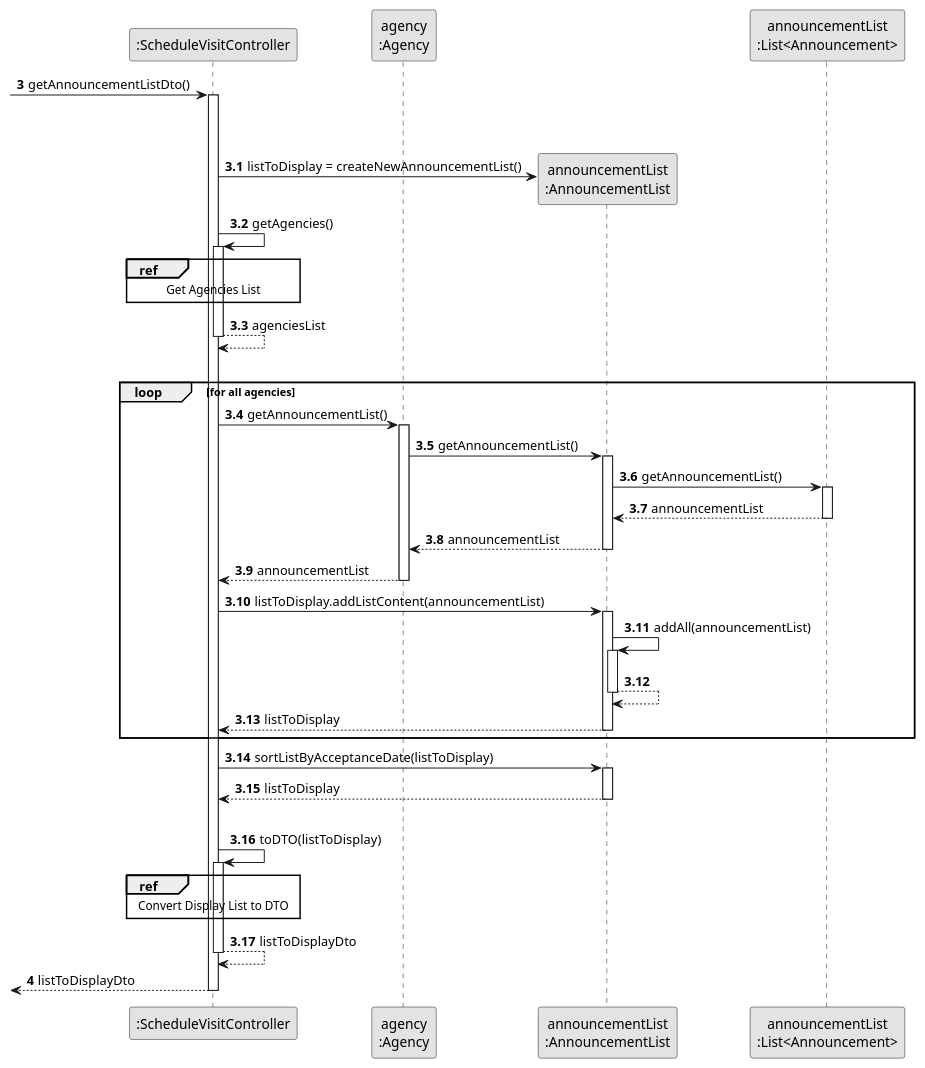
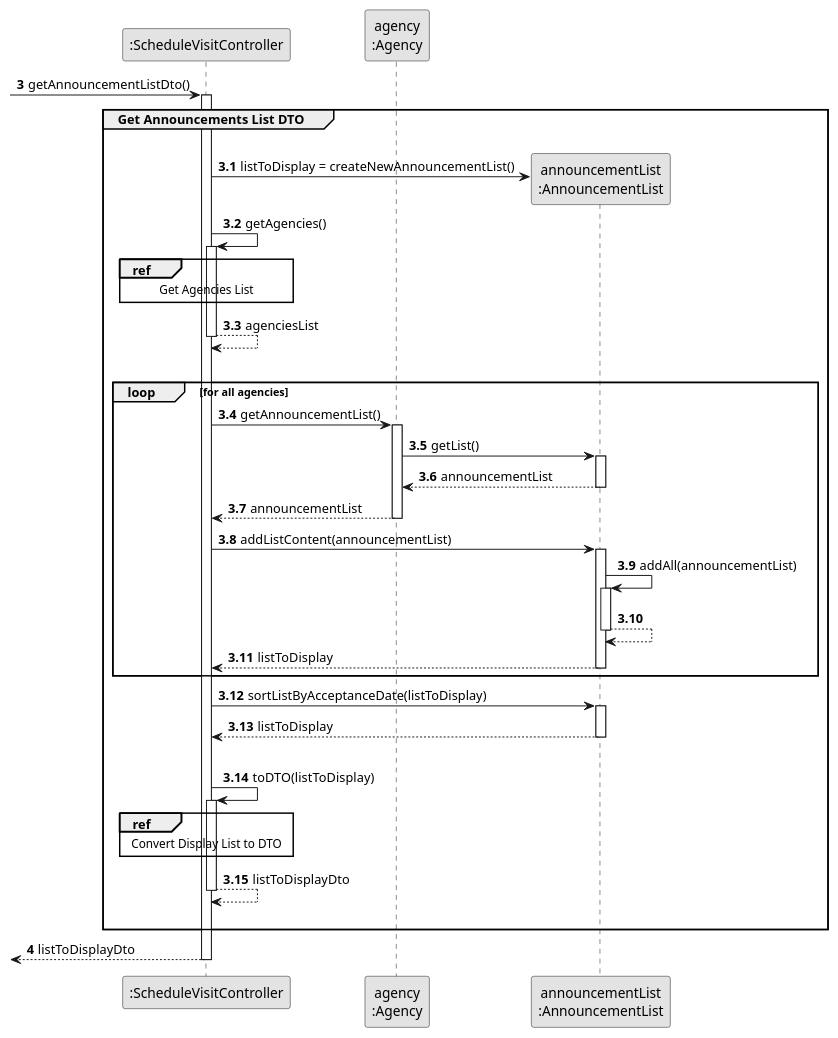
The diagram in docs/sprintC/us009/03.design/puml/us009-sequence-diagram-partial-get-announcements-list-DTO.puml (rita-barbosa/LAPR2-2223), drawn with PlantUML before and after one commit. The commit also changed 2 other files, not shown here.

Commit message:
Announcement list DTO related partial SD's update [US009] [Design]

```diff
--- a/docs/sprintC/us009/03.design/puml/us009-sequence-diagram-partial-get-announcements-list-DTO.puml
+++ b/docs/sprintC/us009/03.design/puml/us009-sequence-diagram-partial-get-announcements-list-DTO.puml
@@ -1,87 +1,82 @@
 @startuml
 skinparam monochrome true
 skinparam packageStyle rectangle
 skinparam shadowing false
 
 
 participant ":ScheduleVisitController" as CTRL
 participant "agency\n:Agency" as AGC
 participant "announcementList\n:AnnouncementList" as LISTCLASS
-participant "announcementList\n:List<Announcement>" as ANCLIST
 
 autonumber 3
 
  -> CTRL : getAnnouncementListDto()
 
 activate CTRL
 
     autonumber 3.1
 
-    group Get Announcements List
+    group Get Announcements List DTO
 |||
             CTRL -> LISTCLASS** : listToDisplay = createNewAnnouncementList()
            CTRL -> CTRL : getAgencies()
             activate CTRL
 
             ref over CTRL
                 Get Agencies List
             end ref
                 CTRL --> CTRL : agenciesList
             deactivate CTRL
 |||
 
             loop for all agencies
 
                 CTRL -> AGC : getAnnouncementList()
                 activate AGC
 
-                AGC -> LISTCLASS : getAnnouncementList()
+                AGC -> LISTCLASS : getList()
                 activate LISTCLASS
-
-                LISTCLASS -> ANCLIST : getAnnouncementList()
-                activate ANCLIST
-
-                    ANCLIST --> LISTCLASS : announcementList
-                deactivate ANCLIST
 
                     LISTCLASS --> AGC : announcementList
                 deactivate LISTCLASS
 
                     AGC --> CTRL : announcementList
                 deactivate AGC
 
-                CTRL -> LISTCLASS : listToDisplay.addListContent(announcementList)
+                CTRL -> LISTCLASS : addListContent(announcementList)
                 activate LISTCLASS
 
                 LISTCLASS -> LISTCLASS : addAll(announcementList)
                 activate LISTCLASS
 
                 LISTCLASS --> LISTCLASS
                 deactivate LISTCLASS
 
                 LISTCLASS --> CTRL : listToDisplay
                 deactivate LISTCLASS
 
             end loop
 
             CTRL -> LISTCLASS : sortListByAcceptanceDate(listToDisplay)
             activate LISTCLASS
 
                 LISTCLASS --> CTRL : listToDisplay
             deactivate LISTCLASS
  |||
                 CTRL -> CTRL : toDTO(listToDisplay)
                 activate CTRL
 
                 ref over CTRL
                     Convert Display List to DTO
                 end ref
 
                 CTRL --> CTRL : listToDisplayDto
                 deactivate CTRL
+|||
+        end group
     autonumber 4
     <-- CTRL  : listToDisplayDto
 deactivate CTRL
 
 
 @enduml
```
